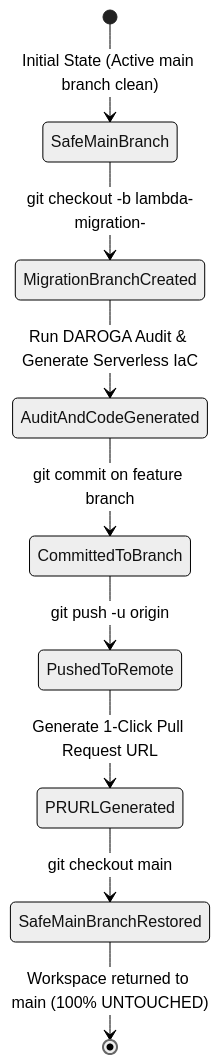
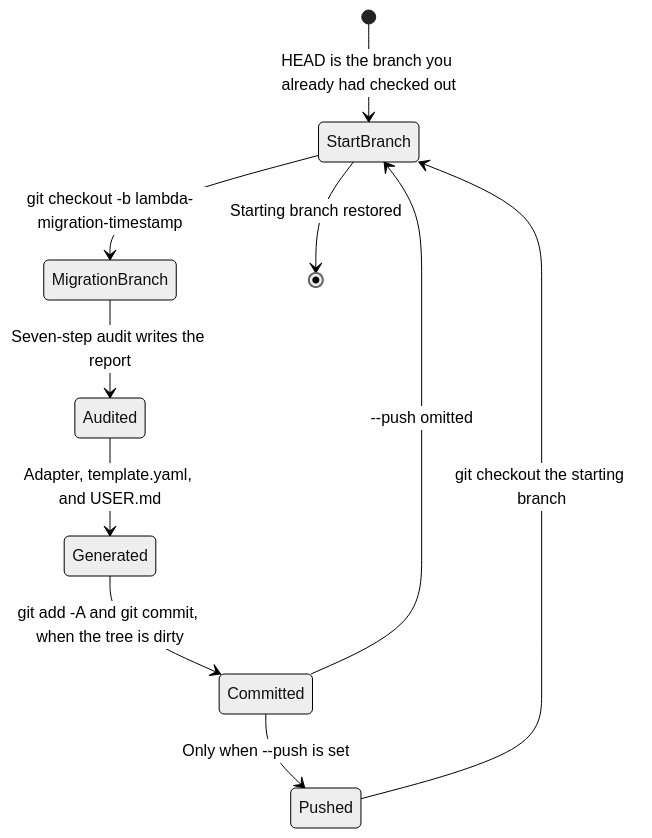
Before and after one commit to dhawalshankar/daroga: the second of 5 diagrams in README.md, drawn with Mermaid (neutral theme). The commit also changed other lines of this file and 6 other files, not shown here.

Commit message:
docs: update architecture and CLI reference for clarity and consistency, enhance PRD with detailed scope and migration process

````diff
--- a/README.md
+++ b/README.md
@@ -182,11 +193,12 @@
 ```mermaid
 stateDiagram-v2
-    [*] --> SafeMainBranch: Initial State (Active main branch clean)
-    SafeMainBranch --> MigrationBranchCreated: git checkout -b lambda-migration-<timestamp>
-    MigrationBranchCreated --> AuditAndCodeGenerated: Run DAROGA Audit & Generate Serverless IaC
-    AuditAndCodeGenerated --> CommittedToBranch: git commit on feature branch
-    CommittedToBranch --> PushedToRemote: git push -u origin <branch>
-    PushedToRemote --> PRURLGenerated: Generate 1-Click Pull Request URL
-    PRURLGenerated --> SafeMainBranchRestored: git checkout main
-    SafeMainBranchRestored --> [*]: Workspace returned to main (100% UNTOUCHED)
+    [*] --> StartBranch: HEAD is the branch you already had checked out
+    StartBranch --> MigrationBranch: git checkout -b lambda-migration-timestamp
+    MigrationBranch --> Audited: Seven-step audit writes the report
+    Audited --> Generated: Adapter, template.yaml, and USER.md
+    Generated --> Committed: git add -A and git commit, when the tree is dirty
+    Committed --> Pushed: Only when --push is set
+    Pushed --> StartBranch: git checkout the starting branch
+    Committed --> StartBranch: --push omitted
+    StartBranch --> [*]: Starting branch restored
 ```
````
